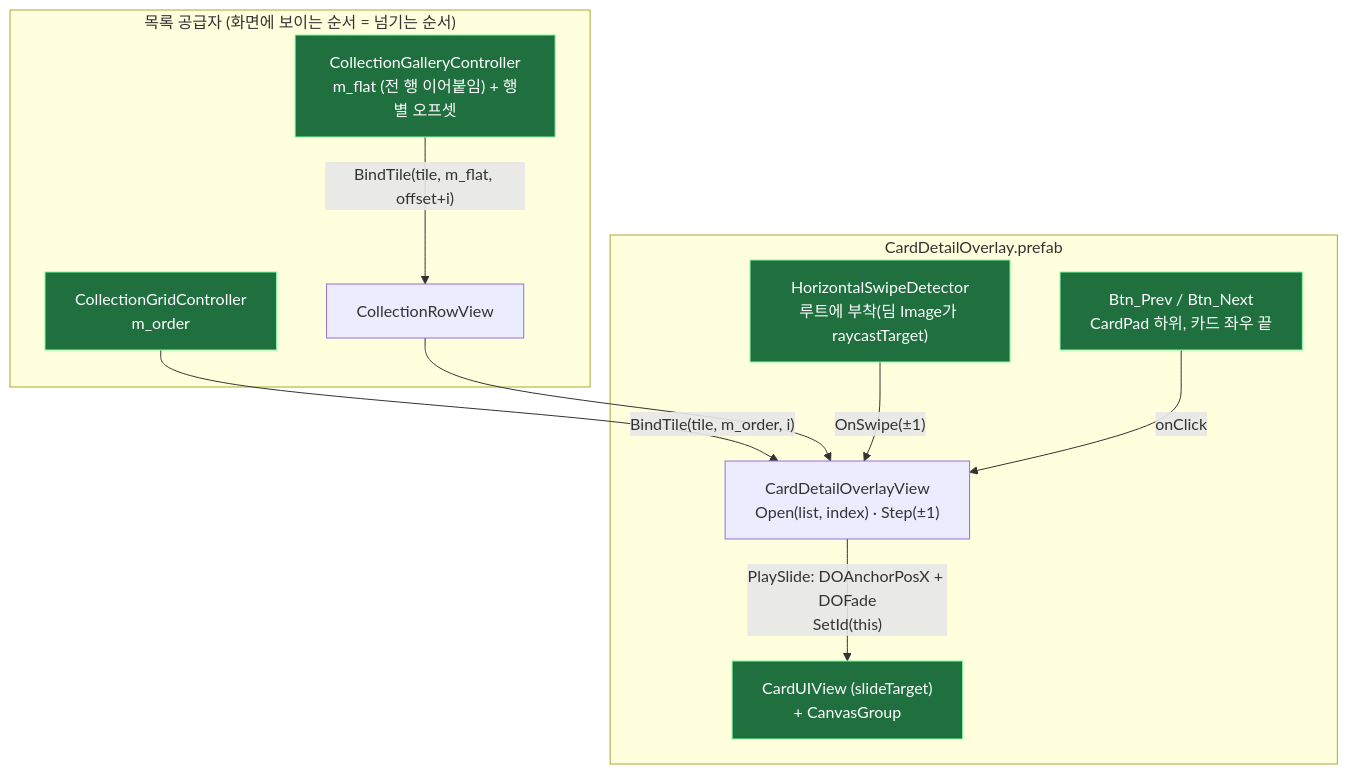
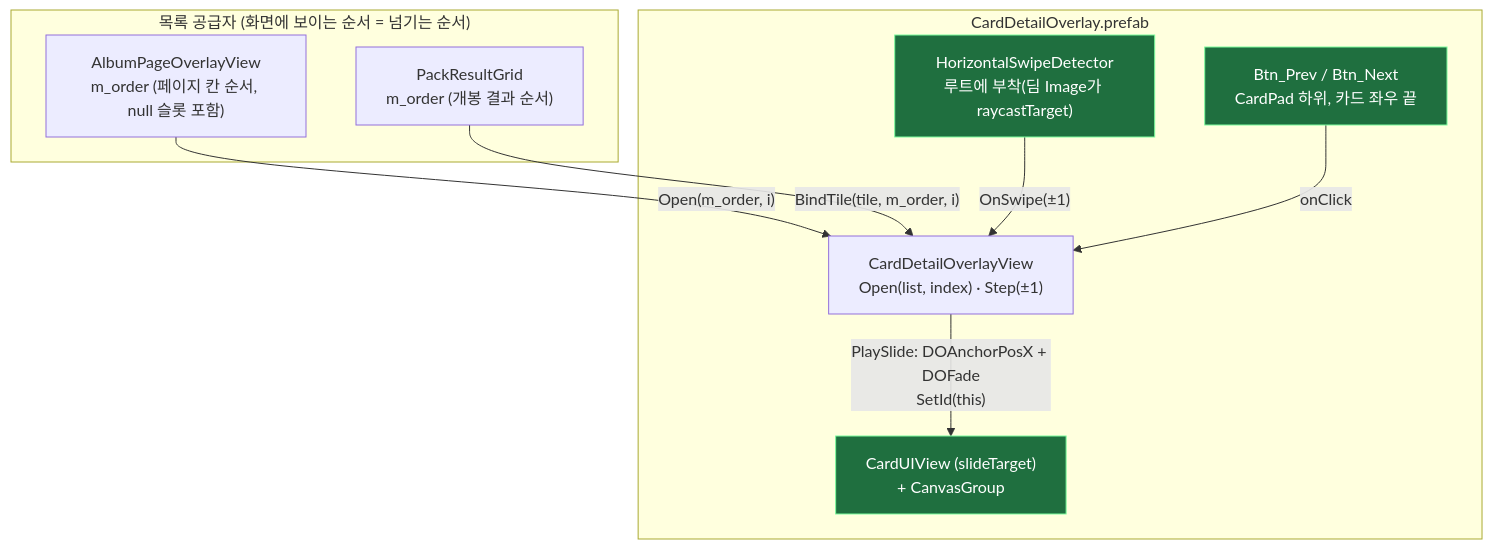
The second of 22 diagrams in docs/OutGamePlan/STRUCTURE.md (hspark-maker/TeamfightTCG_Migriation), drawn with Mermaid before and after one commit. The commit also changed other lines of this file and 86 other files, not shown here.

````diff
--- a/docs/OutGamePlan/STRUCTURE.md
+++ b/docs/OutGamePlan/STRUCTURE.md
@@ -87,23 +80,22 @@
 ```mermaid
 flowchart TD
     subgraph src["목록 공급자 (화면에 보이는 순서 = 넘기는 순서)"]
-        GRID["CollectionGridController<br/>m_order"]:::new
-        GAL["CollectionGalleryController<br/>m_flat (전 행 이어붙임) + 행별 오프셋"]:::new
-        ROW["CollectionRowView"]
+        PAGE["AlbumPageOverlayView<br/>m_order (페이지 칸 순서, null 슬롯 포함)"]
+        PRG["PackResultGrid<br/>m_order (개봉 결과 순서)"]
     end
 
     subgraph ov["CardDetailOverlay.prefab"]
         VIEW["CardDetailOverlayView<br/>Open(list, index) · Step(±1)"]
         SW["HorizontalSwipeDetector<br/>루트에 부착(딤 Image가 raycastTarget)"]:::new
         PREV["Btn_Prev / Btn_Next<br/>CardPad 하위, 카드 좌우 끝"]:::new
         SLIDE["CardUIView (slideTarget)<br/>+ CanvasGroup"]:::new
     end
 
-    GRID -->|"BindTile(tile, m_order, i)"| VIEW
-    GAL -->|"BindTile(tile, m_flat, offset+i)"| ROW --> VIEW
+    PAGE -->|"Open(m_order, i)"| VIEW
+    PRG -->|"BindTile(tile, m_order, i)"| VIEW
     SW -->|"OnSwipe(±1)"| VIEW
     PREV -->|"onClick"| VIEW
     VIEW -->|"PlaySlide: DOAnchorPosX + DOFade<br/>SetId(this)"| SLIDE
 
     classDef new fill:#1f6f3f,stroke:#7CFC9E,color:#fff;
 ```
````
